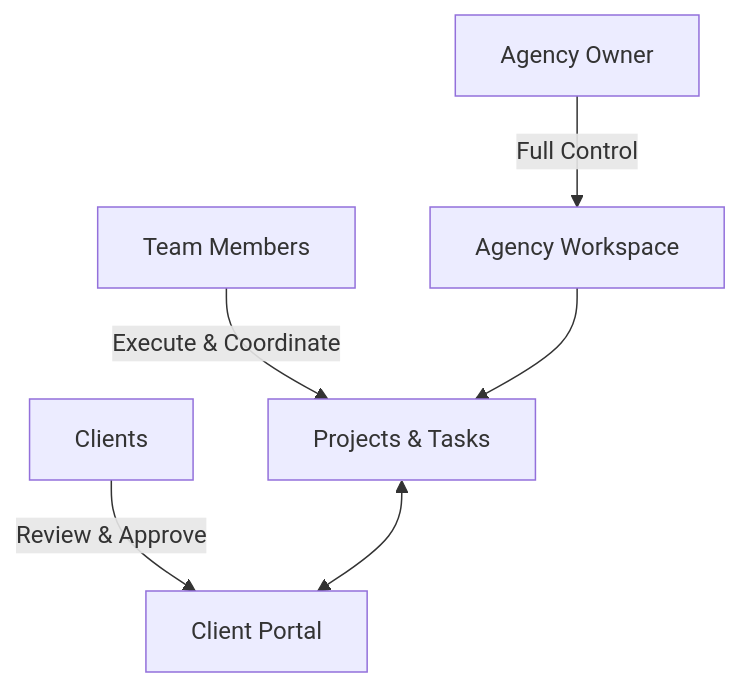
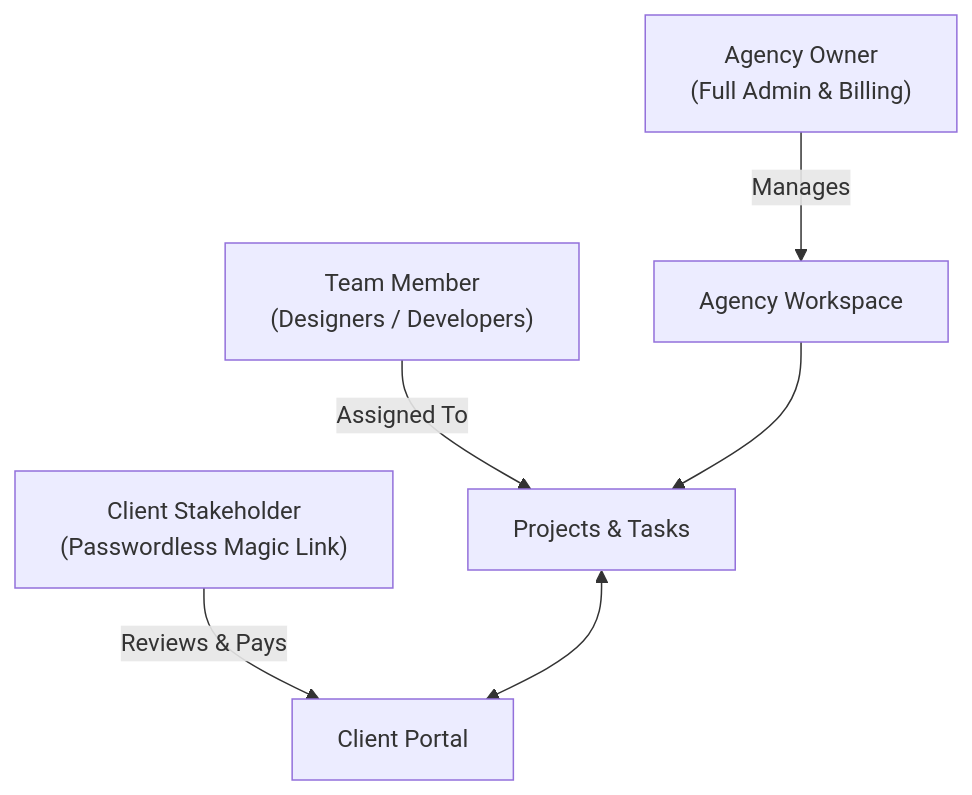
The first of 4 diagrams in README.md (Sayan-01/sdx26), drawn with Mermaid before and after one commit. The commit also changed other lines of this file and 1 other file, not shown here.

````diff
--- a/README.md
+++ b/README.md
@@ -30,9 +59,9 @@
 ```mermaid
 graph TD
-    Owner["Agency Owner"] -->|Full Control| Agency["Agency Workspace"]
-    Team["Team Members"] -->|Execute & Coordinate| Projects["Projects & Tasks"]
-    Client["Clients"] -->|Review & Approve| Portal["Client Portal"]
+    Owner["Agency Owner<br/>(Full Admin & Billing)"] -->|Manages| Agency["Agency Workspace"]
+    Team["Team Member<br/>(Designers / Developers)"] -->|Assigned To| Projects["Projects & Tasks"]
+    Client["Client Stakeholder<br/>(Passwordless Magic Link)"] -->|Reviews & Pays| Portal["Client Portal"]
     
     Agency --> Projects
     Projects <--> Portal
 ```
````
